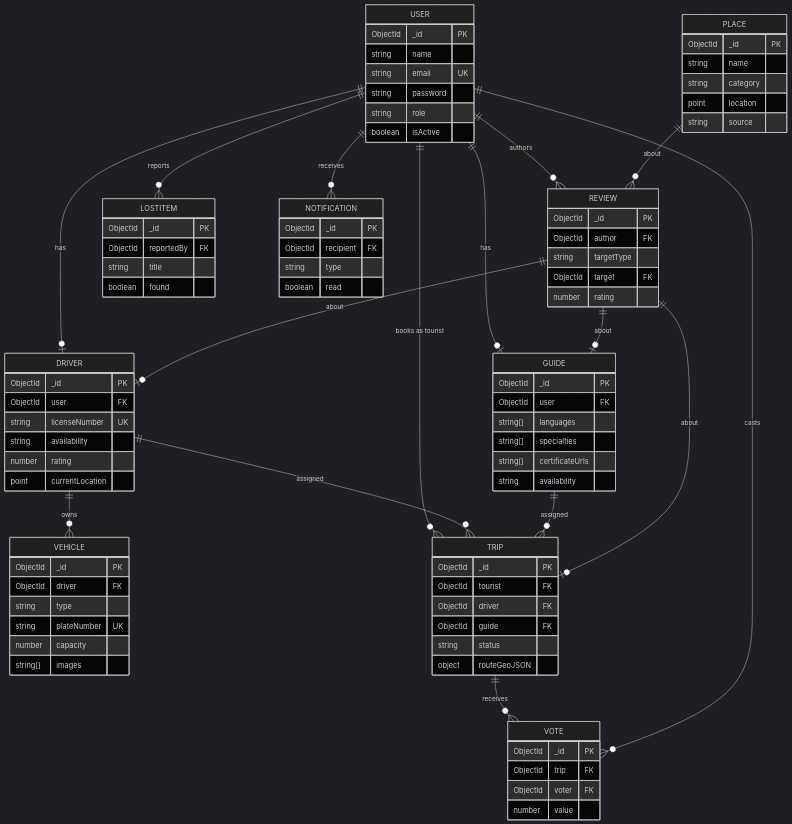
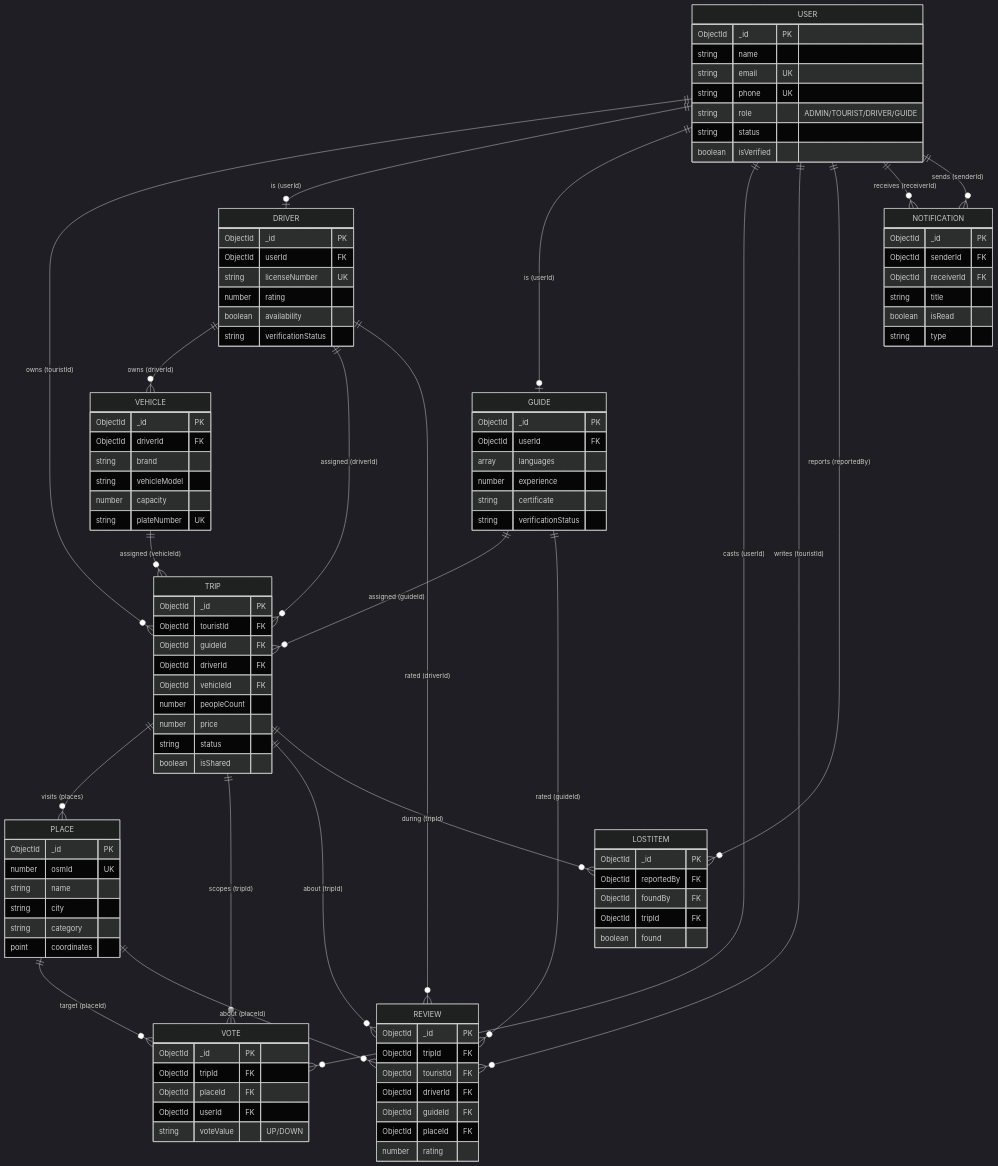
The diagram in docs/uml/erd.md (Ahmedbakr78/TourMate), drawn with Mermaid (dark theme) before and after one commit. The commit also changed other lines of this file and 15 other files, not shown here.

Commit message:
docs: UML diagrams (use-case, class, ERD, sequence x6, activity x3)

````diff
--- a/docs/uml/erd.md
+++ b/docs/uml/erd.md
@@ -5,91 +3,112 @@
 ```mermaid
 erDiagram
-    USER ||--o| DRIVER : "has"
-    USER ||--o| GUIDE : "has"
-    DRIVER ||--o{ VEHICLE : "owns"
-    USER ||--o{ TRIP : "books as tourist"
-    DRIVER ||--o{ TRIP : "assigned"
-    GUIDE ||--o{ TRIP : "assigned"
-    TRIP ||--o{ VOTE : "receives"
-    USER ||--o{ VOTE : "casts"
-    USER ||--o{ REVIEW : "authors"
-    REVIEW ||--o| TRIP : "about"
-    REVIEW ||--o| DRIVER : "about"
-    REVIEW ||--o| GUIDE : "about"
-    USER ||--o{ LOSTITEM : "reports"
-    USER ||--o{ NOTIFICATION : "receives"
-    PLACE ||--o{ REVIEW : "about"
+    USER ||--o{ TRIP : "owns (touristId)"
+    USER ||--o| DRIVER : "is (userId)"
+    USER ||--o| GUIDE : "is (userId)"
+    USER ||--o{ VOTE : "casts (userId)"
+    USER ||--o{ REVIEW : "writes (touristId)"
+    USER ||--o{ LOSTITEM : "reports (reportedBy)"
+    USER ||--o{ NOTIFICATION : "receives (receiverId)"
+    USER ||--o{ NOTIFICATION : "sends (senderId)"
+
+    DRIVER ||--o{ VEHICLE : "owns (driverId)"
+    DRIVER ||--o{ TRIP : "assigned (driverId)"
+    DRIVER ||--o{ REVIEW : "rated (driverId)"
+
+    GUIDE ||--o{ TRIP : "assigned (guideId)"
+    GUIDE ||--o{ REVIEW : "rated (guideId)"
+
+    VEHICLE ||--o{ TRIP : "assigned (vehicleId)"
+
+    TRIP ||--o{ PLACE : "visits (places)"
+    TRIP ||--o{ VOTE : "scopes (tripId)"
+    TRIP ||--o{ REVIEW : "about (tripId)"
+    TRIP ||--o{ LOSTITEM : "during (tripId)"
+
+    PLACE ||--o{ VOTE : "target (placeId)"
+    PLACE ||--o{ REVIEW : "about (placeId)"
 
     USER {
         ObjectId _id PK
         string name
         string email UK
-        string password
-        string role
-        boolean isActive
+        string phone UK
+        string role "ADMIN/TOURIST/DRIVER/GUIDE"
+        string status
+        boolean isVerified
     }
     DRIVER {
         ObjectId _id PK
-        ObjectId user FK
+        ObjectId userId FK
         string licenseNumber UK
-        string availability
         number rating
-        point currentLocation
+        boolean availability
+        string verificationStatus
     }
     GUIDE {
         ObjectId _id PK
-        ObjectId user FK
-        string[] languages
-        string[] specialties
-        string[] certificateUrls
-        string availability
+        ObjectId userId FK
+        array languages
+        number experience
+        string certificate
+        string verificationStatus
     }
     VEHICLE {
         ObjectId _id PK
-        ObjectId driver FK
-        string type
+        ObjectId driverId FK
+        string brand
+        string vehicleModel
+        number capacity
         string plateNumber UK
-        number capacity
-        string[] images
     }
     PLACE {
         ObjectId _id PK
+        number osmId UK
         string name
+        string city
         string category
-        point location
-        string source
+        point coordinates
     }
     TRIP {
         ObjectId _id PK
-        ObjectId tourist FK
-        ObjectId driver FK
-        ObjectId guide FK
+        ObjectId touristId FK
+        ObjectId guideId FK
+        ObjectId driverId FK
+        ObjectId vehicleId FK
+        number peopleCount
+        number price
         string status
-        object routeGeoJSON
+        boolean isShared
     }
     VOTE {
         ObjectId _id PK
-        ObjectId trip FK
-        ObjectId voter FK
-        number value
+        ObjectId tripId FK
+        ObjectId placeId FK
+        ObjectId userId FK
+        string voteValue "UP/DOWN"
     }
     REVIEW {
         ObjectId _id PK
-        ObjectId author FK
-        string targetType
-        ObjectId target FK
+        ObjectId tripId FK
+        ObjectId touristId FK
+        ObjectId driverId FK
+        ObjectId guideId FK
+        ObjectId placeId FK
         number rating
     }
     LOSTITEM {
         ObjectId _id PK
         ObjectId reportedBy FK
-        string title
+        ObjectId foundBy FK
+        ObjectId tripId FK
         boolean found
     }
     NOTIFICATION {
         ObjectId _id PK
-        ObjectId recipient FK
+        ObjectId senderId FK
+        ObjectId receiverId FK
+        string title
+        boolean isRead
         string type
-        boolean read
     }
 ```
````
